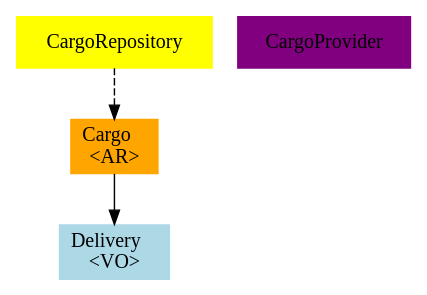
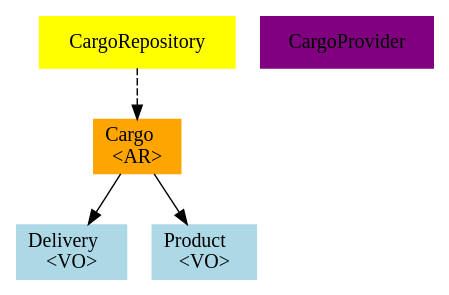
Before and after one commit to newlee/tequila: the diagram in examples/cargo-problem.dot, drawn with Graphviz. The commit also changed 20 other files, not shown here.

```diff
--- a/examples/cargo-problem.dot
+++ b/examples/cargo-problem.dot
@@ -1,10 +1,12 @@
 digraph g {
 	node[style = filled, color = orange];
 
 	Cargo[label="Cargo\l<AR>", comment=AR, shape=box]
 	Delivery[label="Delivery\l<VO>", comment=VO, shape=box, color=lightblue]
+	Product[label="Product\l<VO>", comment=VO, shape=box, color=lightblue]
 	CargoRepository[label="CargoRepository", comment=Repo, shape=box, color=yellow]
 	CargoProvider[label="CargoProvider", comment=Provider, shape=box, color=purple]
 	Cargo -> Delivery
+	Cargo -> Product
 	CargoRepository -> Cargo[style="dashed"]
 }
```
